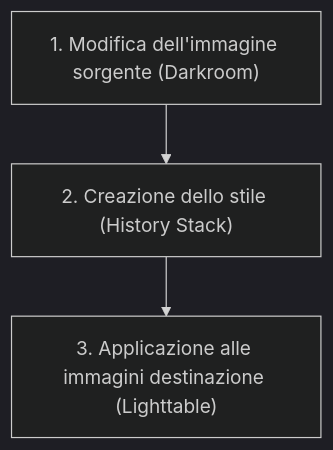
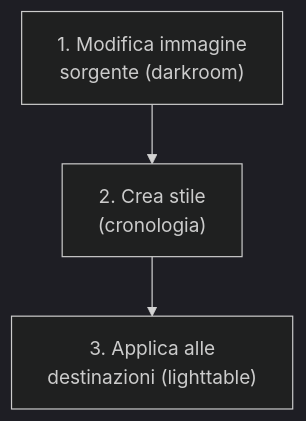
One commit to lorenzoperone/darktable-docs changed the diagram in docs/lighttable/styles-cronologia.md. Above: the diagram before and after it, drawn with Mermaid (dark theme). The commit also changed 40 other files, not shown here.

First line of the commit message:
fix: reformatta diagrammi Mermaid — etichette brevi, break line, italiano

````diff
--- a/docs/lighttable/styles-cronologia.md
+++ b/docs/lighttable/styles-cronologia.md
@@ -23,4 +23,4 @@
 ```mermaid
 flowchart TD
-    A["1. Modifica dell'immagine sorgente (Darkroom)"] --> B["2. Creazione dello stile (History Stack)"] --> C["3. Applicazione alle immagini destinazione (Lighttable)"]
+    A["1. Modifica immagine<br/>sorgente (darkroom)"] --> B["2. Crea stile<br/>(cronologia)"] --> C["3. Applica alle<br/>destinazioni (lighttable)"]
 ```
````
